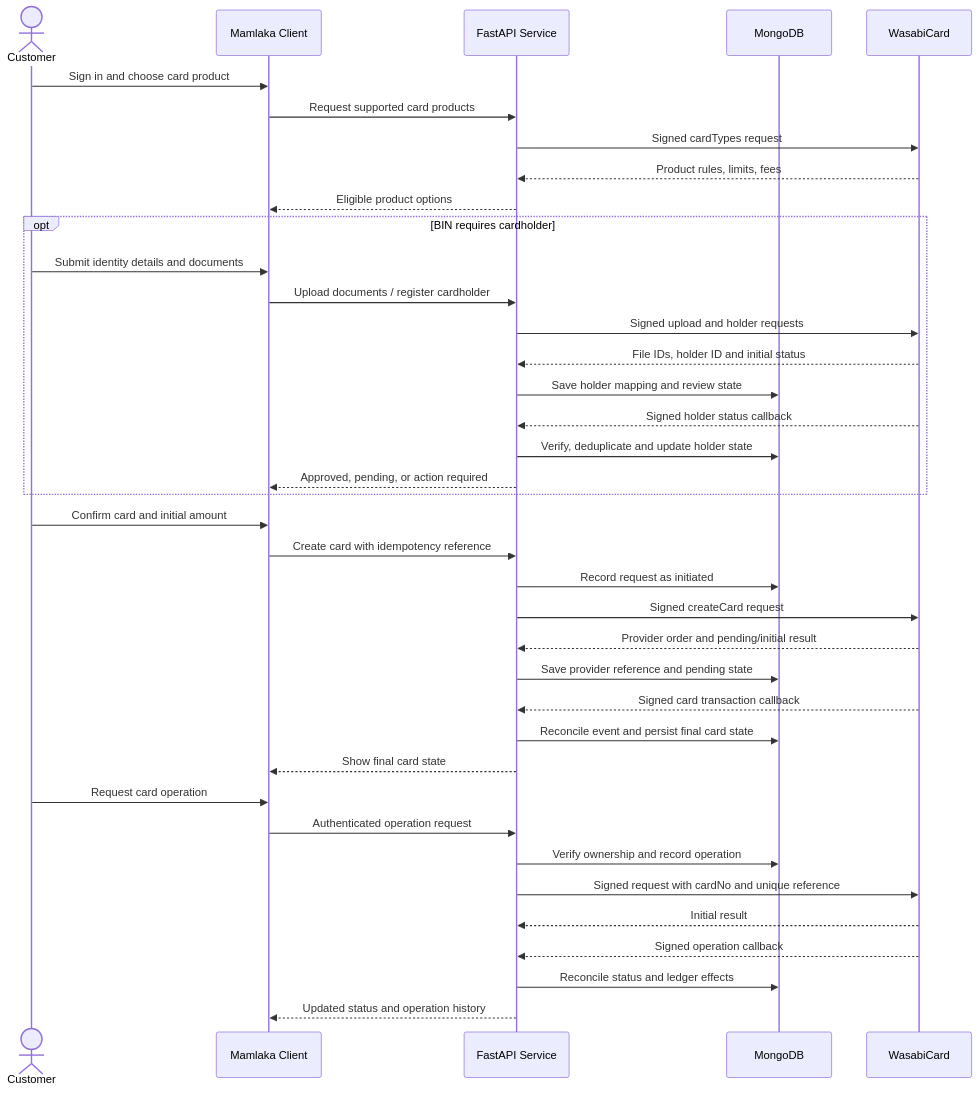
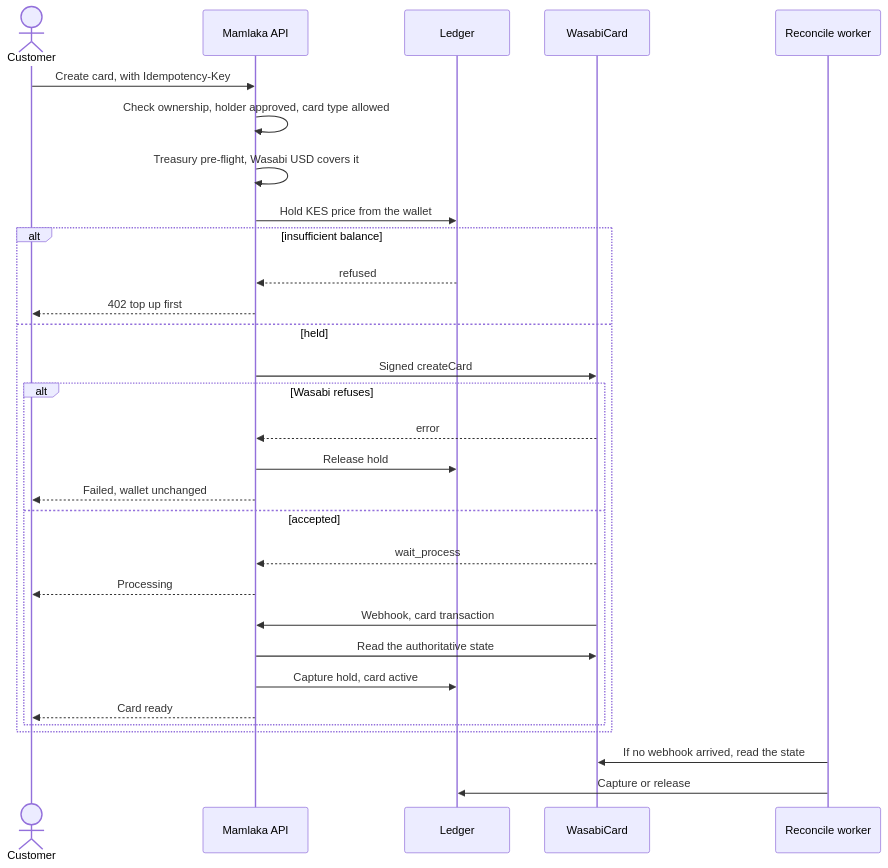
Before and after one commit to BENMULWA/Virtual-card-Integration-Pipeline: the fourth of 14 diagrams in WHITEPAPER.md, drawn with Mermaid. The commit also changed other lines of this file, not shown here.

Commit message:
Update whitepaper to v2.0: flows, reseller model, settlement diagrams

````diff
--- a/WHITEPAPER.md
+++ b/WHITEPAPER.md
@@ -67,44 +157,33 @@
 ```mermaid
 sequenceDiagram
-    actor Customer
-    participant Client as Mamlaka Client
-    participant API as FastAPI Service
-    participant DB as MongoDB
-    participant WSB as WasabiCard
+    actor C as Customer
+    participant A as Mamlaka API
+    participant L as Ledger
+    participant W as WasabiCard
+    participant R as Reconcile worker
 
-    Customer->>Client: Sign in and choose card product
-    Client->>API: Request supported card products
-    API->>WSB: Signed cardTypes request
-    WSB-->>API: Product rules, limits, fees
-    API-->>Client: Eligible product options
-
-    opt BIN requires cardholder
-        Customer->>Client: Submit identity details and documents
-        Client->>API: Upload documents / register cardholder
-        API->>WSB: Signed upload and holder requests
-        WSB-->>API: File IDs, holder ID and initial status
-        API->>DB: Save holder mapping and review state
-        WSB-->>API: Signed holder status callback
-        API->>DB: Verify, deduplicate and update holder state
-        API-->>Client: Approved, pending, or action required
+    C->>A: Create card, with Idempotency-Key
+    A->>A: Check ownership, holder approved, card type allowed
+    A->>A: Treasury pre-flight, Wasabi USD covers it
+    A->>L: Hold KES price from the wallet
+    alt insufficient balance
+        L-->>A: refused
+        A-->>C: 402 top up first
+    else held
+        A->>W: Signed createCard
+        alt Wasabi refuses
+            W-->>A: error
+            A->>L: Release hold
+            A-->>C: Failed, wallet unchanged
+        else accepted
+            W-->>A: wait_process
+            A-->>C: Processing
+            W->>A: Webhook, card transaction
+            A->>W: Read the authoritative state
+            A->>L: Capture hold, card active
+            A-->>C: Card ready
+        end
     end
-
-    Customer->>Client: Confirm card and initial amount
-    Client->>API: Create card with idempotency reference
-    API->>DB: Record request as initiated
-    API->>WSB: Signed createCard request
-    WSB-->>API: Provider order and pending/initial result
-    API->>DB: Save provider reference and pending state
-    WSB-->>API: Signed card transaction callback
-    API->>DB: Reconcile event and persist final card state
-    API-->>Client: Show final card state
-
-    Customer->>Client: Request card operation
-    Client->>API: Authenticated operation request
-    API->>DB: Verify ownership and record operation
-    API->>WSB: Signed request with cardNo and unique reference
-    WSB-->>API: Initial result
-    WSB-->>API: Signed operation callback
-    API->>DB: Reconcile status and ledger effects
-    API-->>Client: Updated status and operation history
+    R->>W: If no webhook arrived, read the state
+    R->>L: Capture or release
 ```
````
